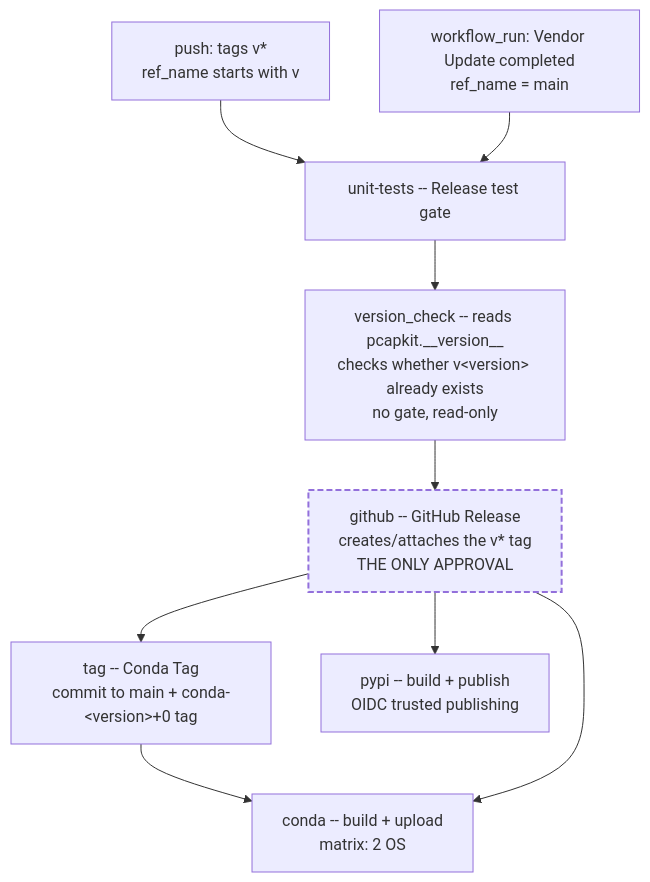
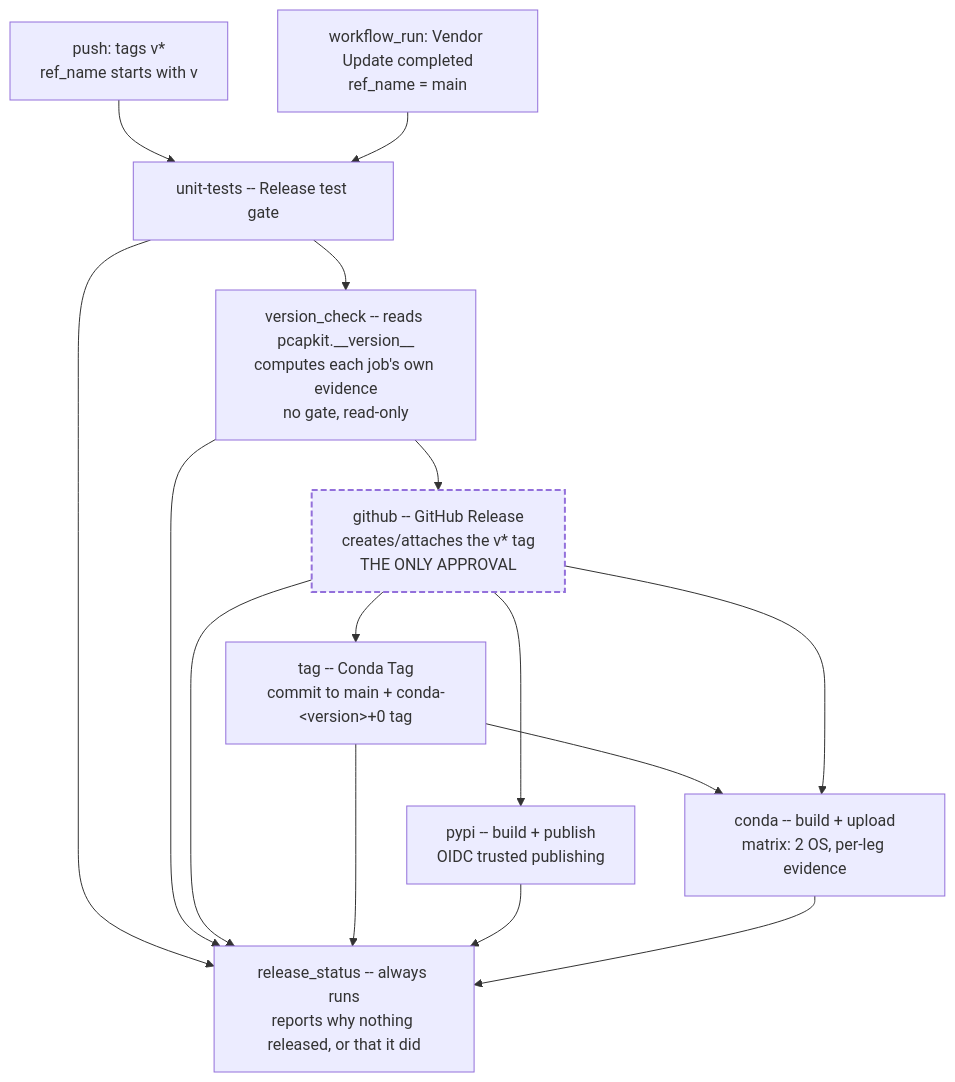
The diagram in docs/source/releasing.rst (JarryShaw/PyPCAPKit), drawn with Mermaid before and after one commit. The commit also changed other lines of this file and 2 other files, not shown here.

```diff
--- a/docs/source/releasing.rst
+++ b/docs/source/releasing.rst
@@ -136,15 +182,22 @@
 .. mermaid::
 
    flowchart TD
        T1["push: tags v*<br/>ref_name starts with v"] --> UT
        T2["workflow_run: Vendor Update completed<br/>ref_name = main"] --> UT
        UT["unit-tests -- Release test gate"] --> VC
-       VC["version_check -- reads pcapkit.__version__<br/>checks whether v&lt;version&gt; already exists<br/>no gate, read-only"]
+       VC["version_check -- reads pcapkit.__version__<br/>computes each job's own evidence<br/>no gate, read-only"]
        VC --> GH
        GH["github -- GitHub Release<br/>creates/attaches the v* tag<br/>THE ONLY APPROVAL"]
        GH --> TG["tag -- Conda Tag<br/>commit to main + conda-&lt;version&gt;+0 tag"]
        GH --> PY["pypi -- build + publish<br/>OIDC trusted publishing"]
-       TG --> CD["conda -- build + upload<br/>matrix: 2 OS"]
+       TG --> CD["conda -- build + upload<br/>matrix: 2 OS, per-leg evidence"]
        GH --> CD
+       UT --> RS
+       VC --> RS
+       GH --> RS
+       TG --> RS
+       PY --> RS
+       CD --> RS
+       RS["release_status -- always runs<br/>reports why nothing released, or that it did"]
        classDef gate stroke-dasharray:6 3,stroke-width:2px
        class GH gate
```
